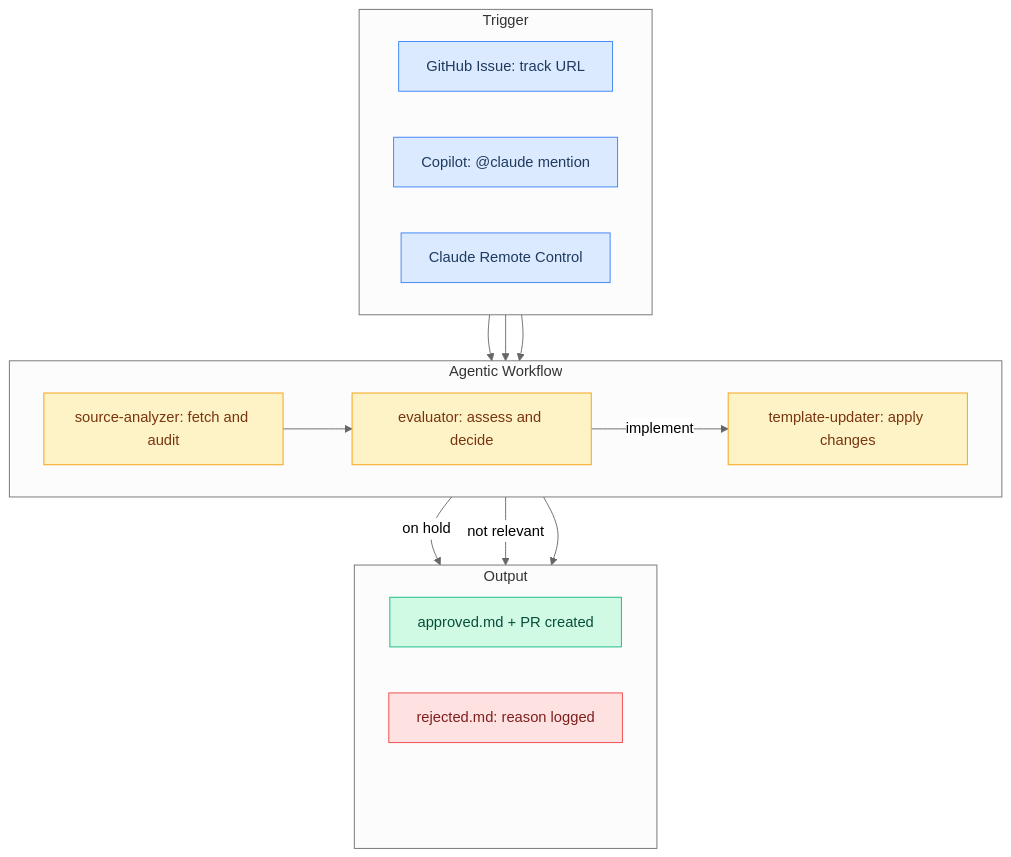
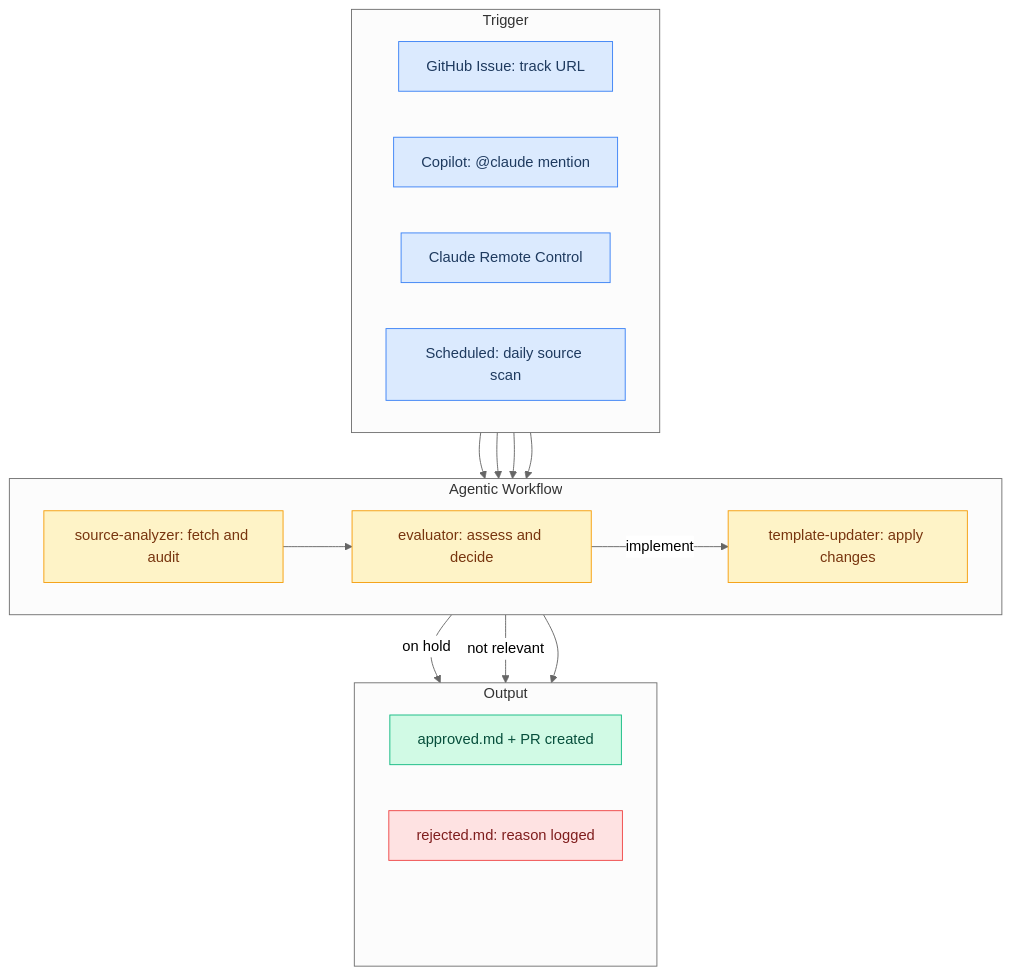
The diagram in README.md (sercandumansiz/claude-code-template), drawn with Mermaid (neutral theme) before and after one commit. The commit also changed 3 other files, not shown here.

Commit message:
feat(pipeline): add scheduled source scanner for track-update pipeline

````diff
--- a/README.md
+++ b/README.md
@@ -89,44 +89,46 @@
 ```mermaid
 graph TB
   subgraph Trigger
     direction LR
     I[GitHub Issue: track URL]
     C[Copilot: @claude mention]
     R[Claude Remote Control]
+    S[Scheduled: daily source scan]
   end
 
   subgraph Agentic Workflow
     direction LR
     SA[source-analyzer: fetch and audit]
     EV[evaluator: assess and decide]
     TU[template-updater: apply changes]
   end
 
   subgraph Output
     direction LR
     AP[approved.md + PR created]
     RJ[rejected.md: reason logged]
     _[ ]
   end
 
   I --> SA
   C --> SA
   R --> SA
+  S --> SA
   SA --> EV
   EV -->|implement| TU
   EV -->|on hold| RJ
   EV -->|not relevant| RJ
   TU --> AP
 
   classDef trigger fill:#dbeafe,stroke:#3b82f6,color:#1e3a5f
   classDef workflow fill:#fef3c7,stroke:#f59e0b,color:#78350f
   classDef approved fill:#d1fae5,stroke:#10b981,color:#064e3b
   classDef rejected fill:#fee2e2,stroke:#ef4444,color:#7f1d1d
   classDef hidden fill:none,stroke:none,color:transparent
 
-  class I,C,R trigger
+  class I,C,R,S trigger
   class SA,EV,TU workflow
   class AP approved
   class RJ rejected
   class _ hidden
 ```
````
